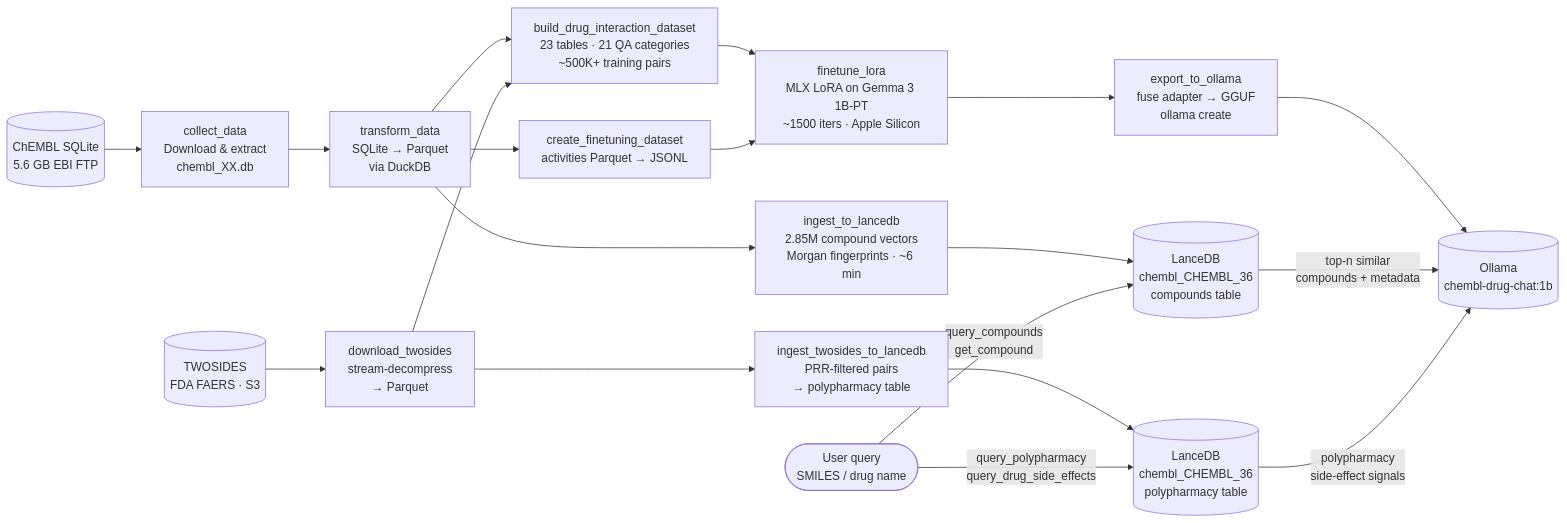
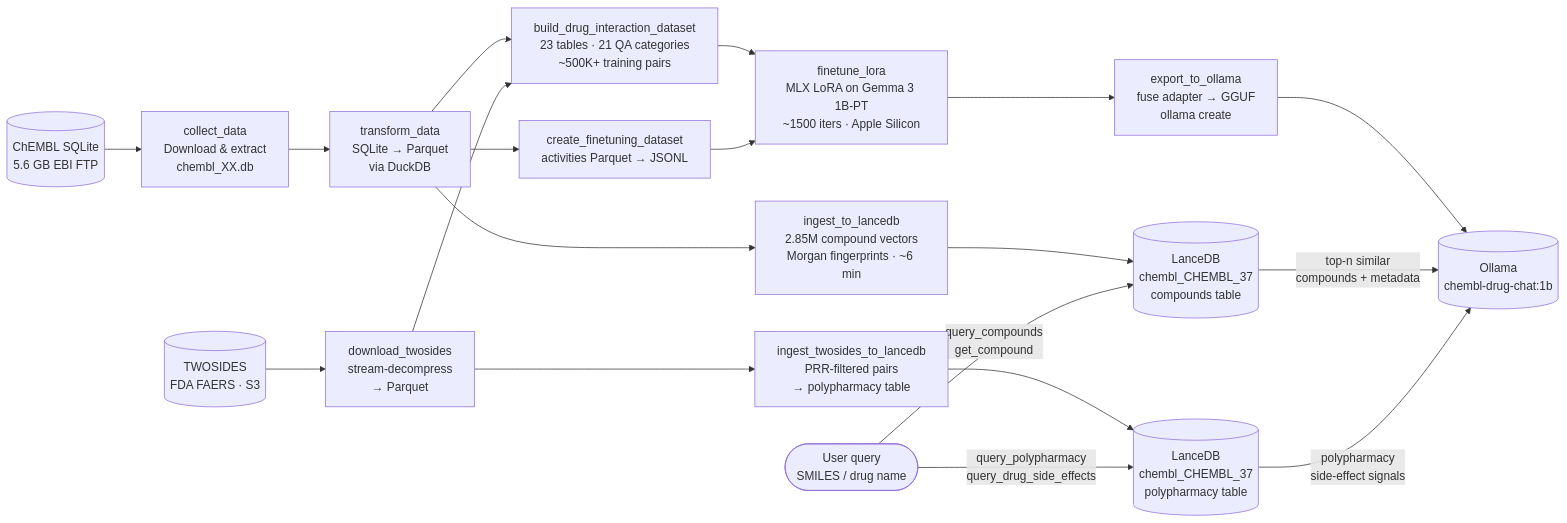
Before and after one commit to AymanSulaiman/chem_mlops: the diagram in README.md, drawn with Mermaid. The commit also changed 3 other files, not shown here.

````diff
--- a/README.md
+++ b/README.md
@@ -9,27 +9,27 @@
 ```mermaid
 flowchart LR
     EBI[(ChEMBL SQLite\n5.6 GB EBI FTP)] --> COL[collect_data\nDownload & extract\nchembl_XX.db]
     COL --> TRF[transform_data\nSQLite → Parquet\nvia DuckDB]
 
     S3[(TWOSIDES\nFDA FAERS · S3)] --> DLT[download_twosides\nstream-decompress\n→ Parquet]
 
     TRF --> DDI[build_drug_interaction_dataset\n23 tables · 21 QA categories\n~500K+ training pairs]
     DLT --> DDI
     TRF --> FDS[create_finetuning_dataset\nactivities Parquet → JSONL]
     TRF --> ING[ingest_to_lancedb\n2.85M compound vectors\nMorgan fingerprints · ~6 min]
 
-    ING --> LDB[(LanceDB\nchembl_CHEMBL_36\ncompounds table)]
+    ING --> LDB[(LanceDB\nchembl_CHEMBL_37\ncompounds table)]
     DLT --> ING2[ingest_twosides_to_lancedb\nPRR-filtered pairs\n→ polypharmacy table]
-    ING2 --> LDB2[(LanceDB\nchembl_CHEMBL_36\npolypharmacy table)]
+    ING2 --> LDB2[(LanceDB\nchembl_CHEMBL_37\npolypharmacy table)]
 
     DDI --> FT[finetune_lora\nMLX LoRA on Gemma 3 1B-PT\n~1500 iters · Apple Silicon]
     FDS --> FT
 
     FT --> EXP[export_to_ollama\nfuse adapter → GGUF\nollama create]
     EXP --> OLL[(Ollama\nchembl-drug-chat:1b)]
 
     USR([User query\nSMILES / drug name]) -->|query_compounds\nget_compound| LDB
     USR -->|query_polypharmacy\nquery_drug_side_effects| LDB2
     LDB -->|top-n similar\ncompounds + metadata| OLL
     LDB2 -->|polypharmacy\nside-effect signals| OLL
 ```
````
